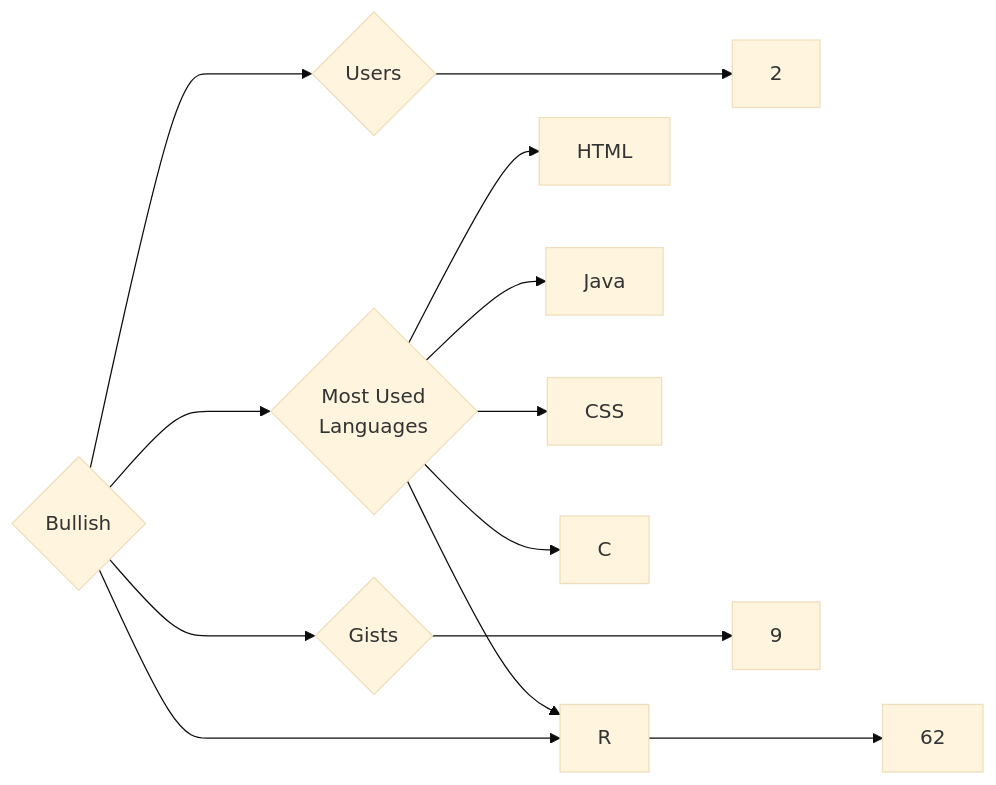
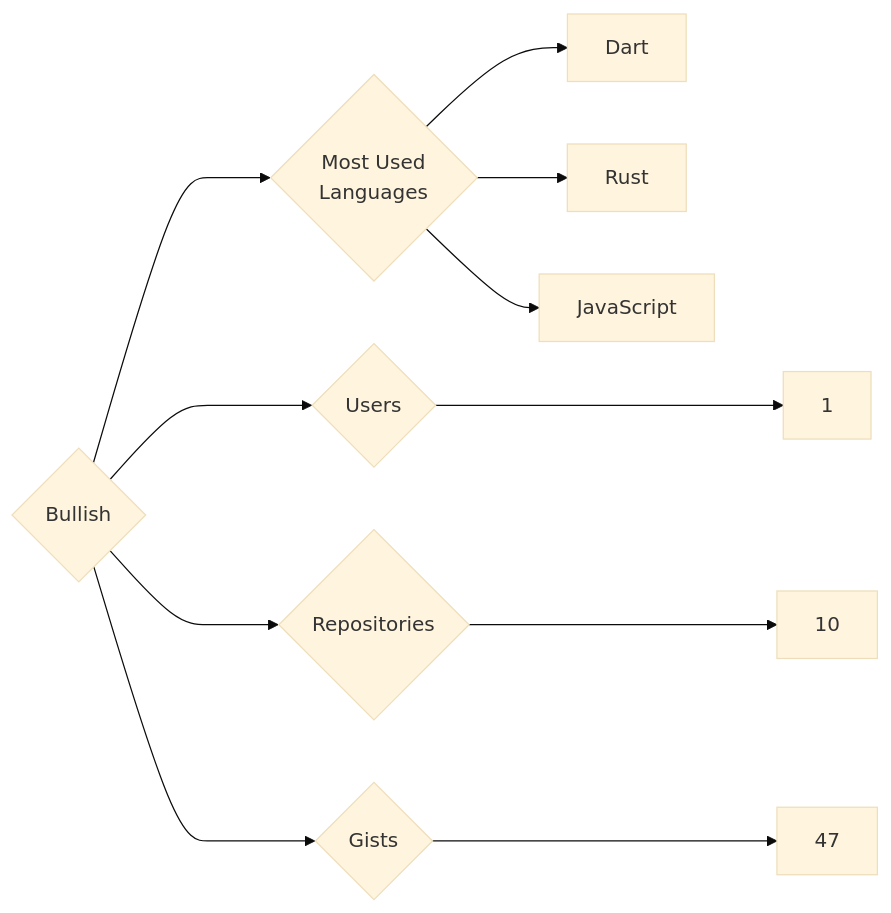
Before and after one commit to trickest/insiders: the diagram in targets/Bullish/README.md, drawn with Mermaid (base theme). The commit also changed 618 other files, not shown here.

````diff
--- a/targets/Bullish/README.md
+++ b/targets/Bullish/README.md
@@ -3,13 +3,11 @@
 ```mermaid
 graph LR
 COMPANY_NAME{Bullish}
-COMPANY_NAME ---> U{Users} ---> UN[2]
-COMPANY_NAME ---> R{Repositories} ---> RN[62]
-COMPANY_NAME ---> G{Gists} ---> GN[9]
+COMPANY_NAME ---> U{Users} ---> UN[1]
+COMPANY_NAME ---> R{Repositories} ---> RN[10]
+COMPANY_NAME ---> G{Gists} ---> GN[47]
 COMPANY_NAME ---> ML{Most Used<br>Languages}
-ML --> HTML[HTML]
-ML --> Java[Java]
-ML --> R[R]
-ML --> CSS[CSS]
-ML --> C[C]
+ML --> Dart[Dart]
+ML --> Rust[Rust]
+ML --> JavaScript[JavaScript]
 ```
````
